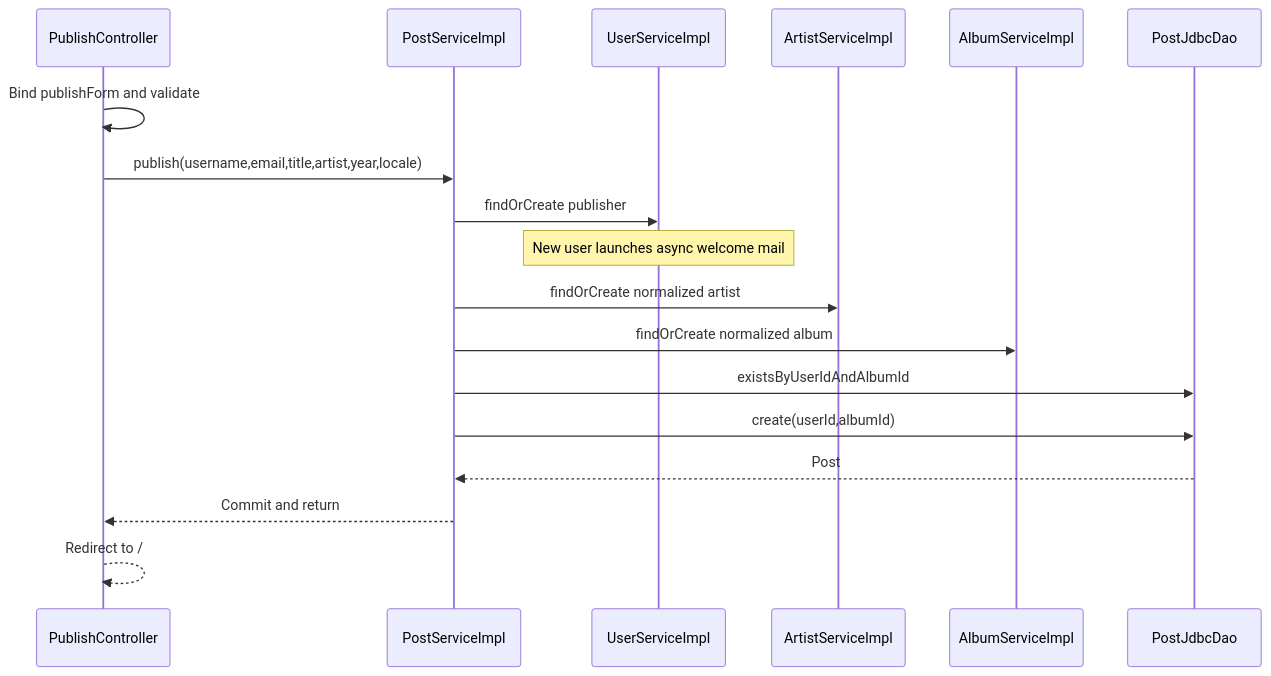
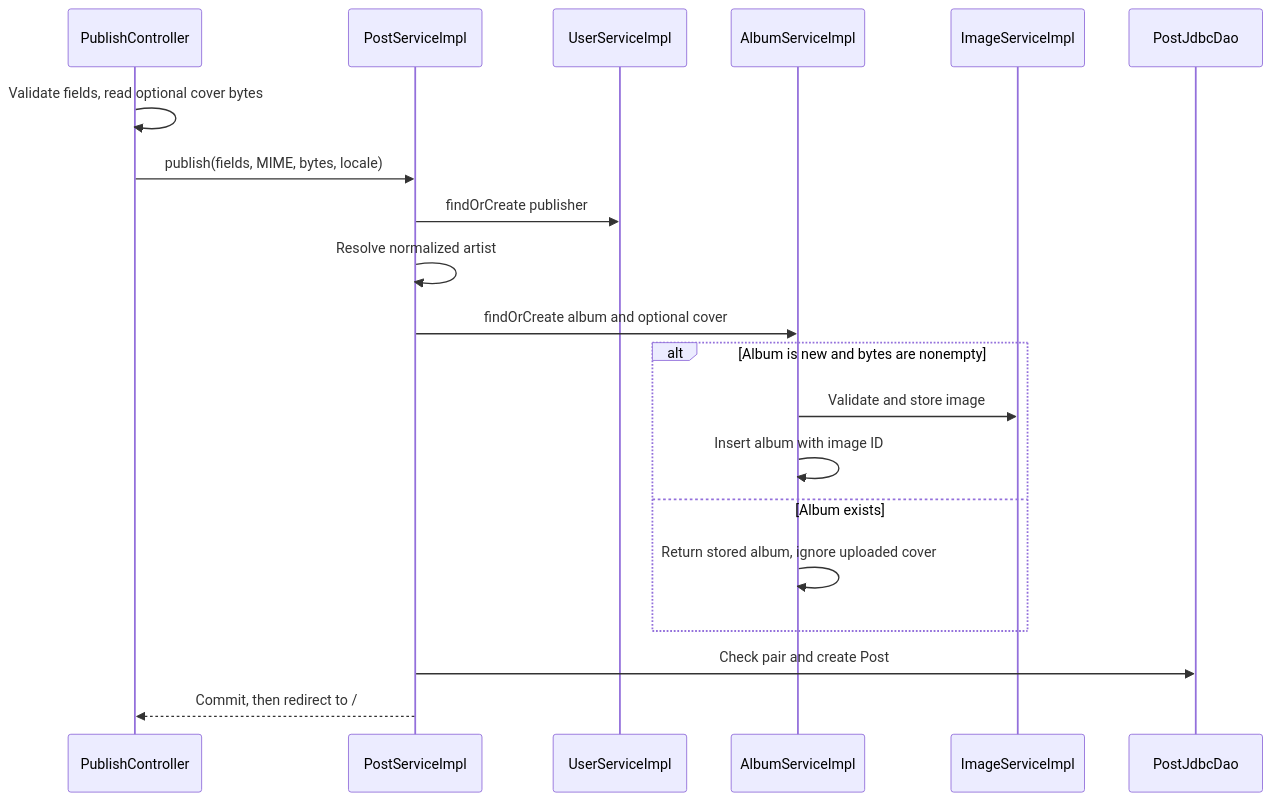
One commit to BautistaPessagno/PAW_Vault changed the diagram in Publish flow.md. Above: the diagram before and after it, drawn with Mermaid. The commit also changed other lines of this file and 87 other files, not shown here.

````diff
--- a/Publish flow.md
+++ b/Publish flow.md
@@ -17,20 +18,22 @@
 ```mermaid
 sequenceDiagram
     participant C as PublishController
     participant P as PostServiceImpl
     participant U as UserServiceImpl
-    participant A as ArtistServiceImpl
-    participant AL as AlbumServiceImpl
+    participant A as AlbumServiceImpl
+    participant I as ImageServiceImpl
     participant D as PostJdbcDao
-    C->>C: Bind publishForm and validate
-    C->>P: publish(username,email,title,artist,year,locale)
+    C->>C: Validate fields, read optional cover bytes
+    C->>P: publish(fields, MIME, bytes, locale)
     P->>U: findOrCreate publisher
-    Note over U: New user launches async welcome mail
-    P->>A: findOrCreate normalized artist
-    P->>AL: findOrCreate normalized album
-    P->>D: existsByUserIdAndAlbumId
-    P->>D: create(userId,albumId)
-    D-->>P: Post
-    P-->>C: Commit and return
-    C-->>C: Redirect to /
+    P->>P: Resolve normalized artist
+    P->>A: findOrCreate album and optional cover
+    alt Album is new and bytes are nonempty
+        A->>I: Validate and store image
+        A->>A: Insert album with image ID
+    else Album exists
+        A->>A: Return stored album, ignore uploaded cover
+    end
+    P->>D: Check pair and create Post
+    P-->>C: Commit, then redirect to /
 ```
````
